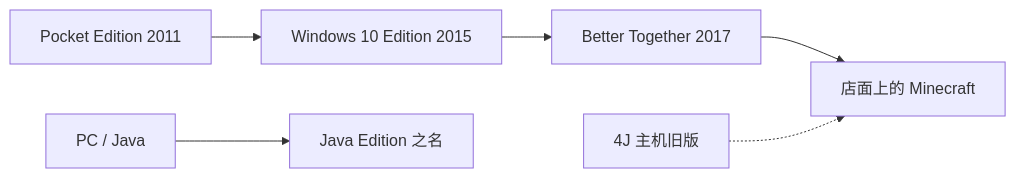
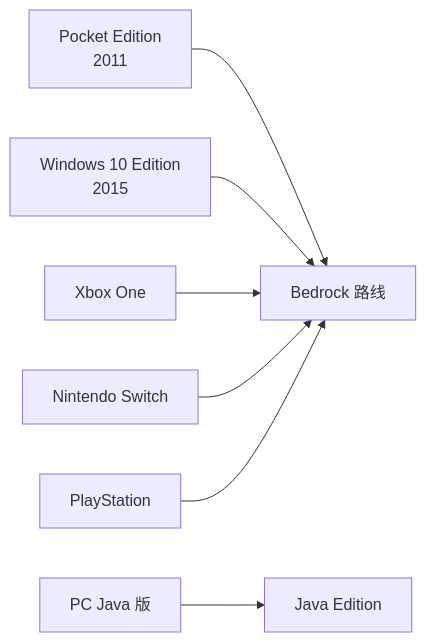
The diagram in docs/history/(part3)/java-bedrock.mdx (Dreamtowards/Thinking-In-Minecraft), drawn with Mermaid before and after one commit. The commit also changed other lines of this file and 1 other file, not shown here.

Commit message:
history\(part3)\java-bedrock.mdx

````diff
--- a/docs/history/(part3)/java-bedrock.mdx
+++ b/docs/history/(part3)/java-bedrock.mdx
@@ -44,8 +41,9 @@
 ```mermaid
 flowchart LR
-  PE["Pocket Edition 2011"] --> Win10["Windows 10 Edition 2015"]
-  Win10 --> BT["Better Together 2017"]
-  BT --> Name["店面上的 Minecraft"]
-  Java["PC / Java"] --> JE["Java Edition 之名"]
-  Legacy["4J 主机旧版"] -.-> Name
+  PE["Pocket Edition<br/>2011"] --> Bedrock["Bedrock 路线"]
+  Win10["Windows 10 Edition<br/>2015"] --> Bedrock
+  Xbox["Xbox One"] --> Bedrock
+  Switch["Nintendo Switch"] --> Bedrock
+  PS["PlayStation"] --> Bedrock
+  Java["PC Java 版"] --> JE["Java Edition"]
 ```
````
